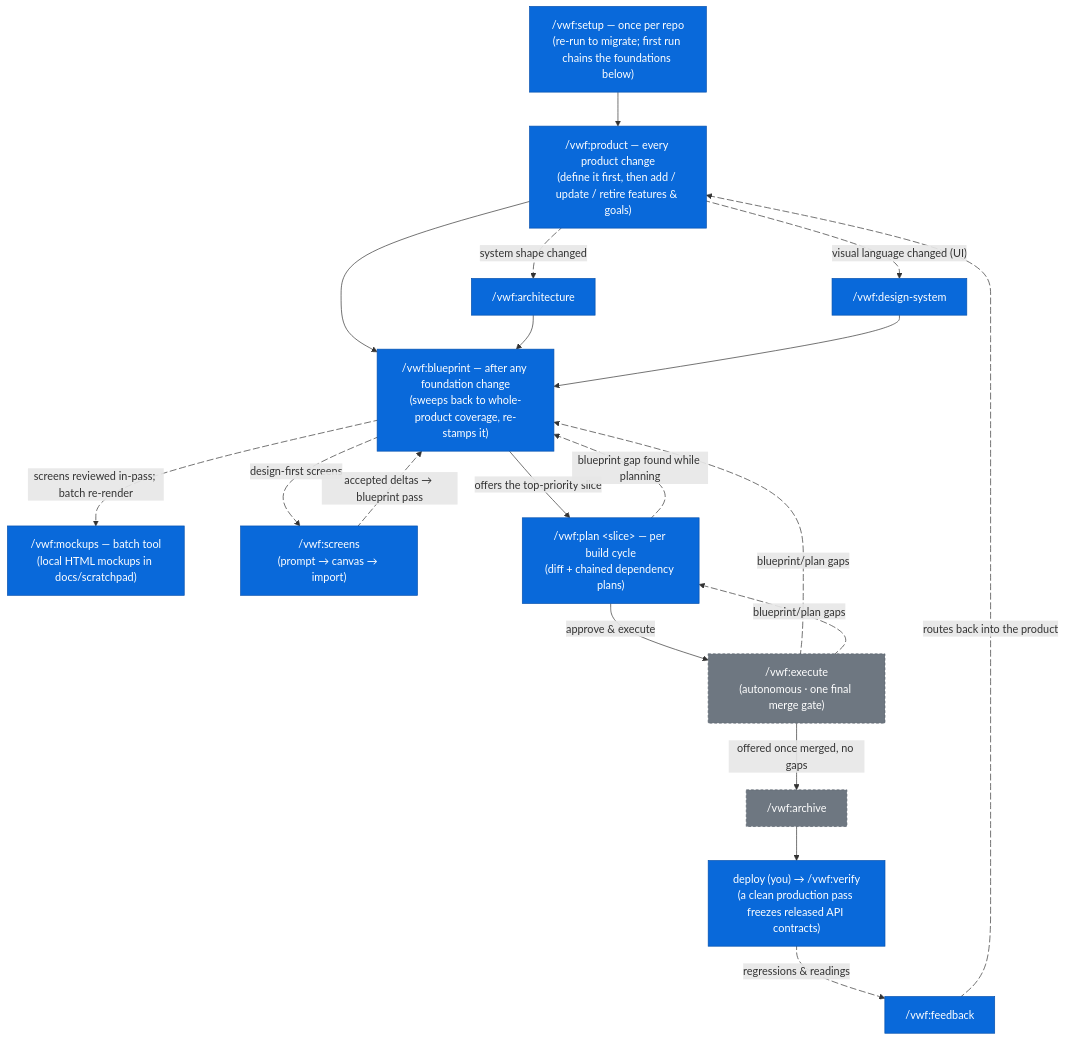
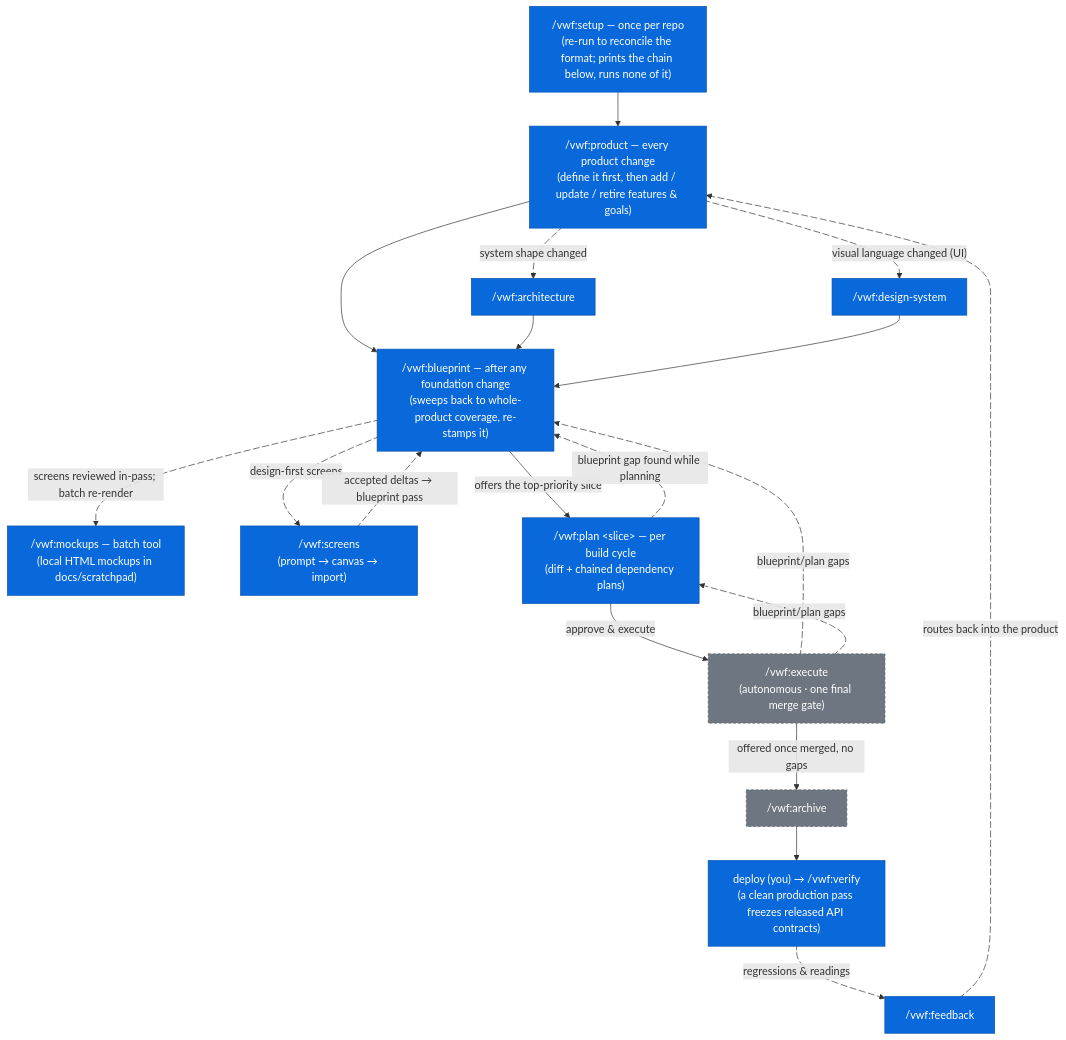
The first of 2 diagrams in docs/plugins/vwf.md (virajp/ai-plugins), drawn with Mermaid before and after one commit. The commit also changed other lines of this file and 163 other files, not shown here.

````diff
--- a/docs/plugins/vwf.md
+++ b/docs/plugins/vwf.md
@@ -225,34 +225,34 @@
 ```mermaid
 flowchart TD
-    S["/vwf:setup — once per repo<br/>(re-run to migrate; first run chains the foundations below)"]:::user
+    S["/vwf:setup — once per repo<br/>(re-run to reconcile the format; prints the chain below, runs none of it)"]:::user
     S --> P["/vwf:product — every product change<br/>(define it first, then add / update / retire features & goals)"]:::user
     P e1@-. "system shape changed" .-> A["/vwf:architecture"]:::user
     P e2@-. "visual language changed (UI)" .-> DS["/vwf:design-system"]:::user
     P --> B["/vwf:blueprint — after any foundation change<br/>(sweeps back to whole-product coverage, re-stamps it)"]:::user
     A --> B
     DS --> B
     B e8@-. "screens reviewed in-pass; batch re-render" .-> M["/vwf:mockups — batch tool<br/>(local HTML mockups in docs/scratchpad)"]:::user
     B e9@-. "design-first screens" .-> SC["/vwf:screens<br/>(prompt → canvas → import)"]:::user
     SC e10@-. "accepted deltas → blueprint pass" .-> B
     B -->|"offers the top-priority slice"| C["/vwf:plan &lt;slice&gt; — per build cycle<br/>(diff + chained dependency plans)"]:::user
     C -->|"approve & execute"| D["/vwf:execute<br/>(autonomous · one final merge gate)"]:::chained
     D -->|"offered once merged, no gaps"| E["/vwf:archive"]:::chained
     E --> V["deploy (you) → /vwf:verify<br/>(a clean production pass freezes released API contracts)"]:::user
     V e3@-. "regressions & readings" .-> FB["/vwf:feedback"]:::user
     FB e4@-. "routes back into the product" .-> P
     D e5@-. "blueprint/plan gaps" .-> B
     D e6@-. "blueprint/plan gaps" .-> C
     C e7@-. "blueprint gap found while planning" .-> B
     e1@{ animate: true }
     e2@{ animate: true }
     e3@{ animate: true }
     e4@{ animate: true }
     e5@{ animate: true }
     e6@{ animate: true }
     e7@{ animate: true }
     e9@{ animate: true }
     e10@{ animate: true }
     e8@{ animate: true }
     classDef user fill:#0969da,stroke:#0550ae,color:#ffffff
     classDef chained fill:#6e7781,stroke:#57606a,color:#ffffff,stroke-dasharray:4 3
 ```
````
